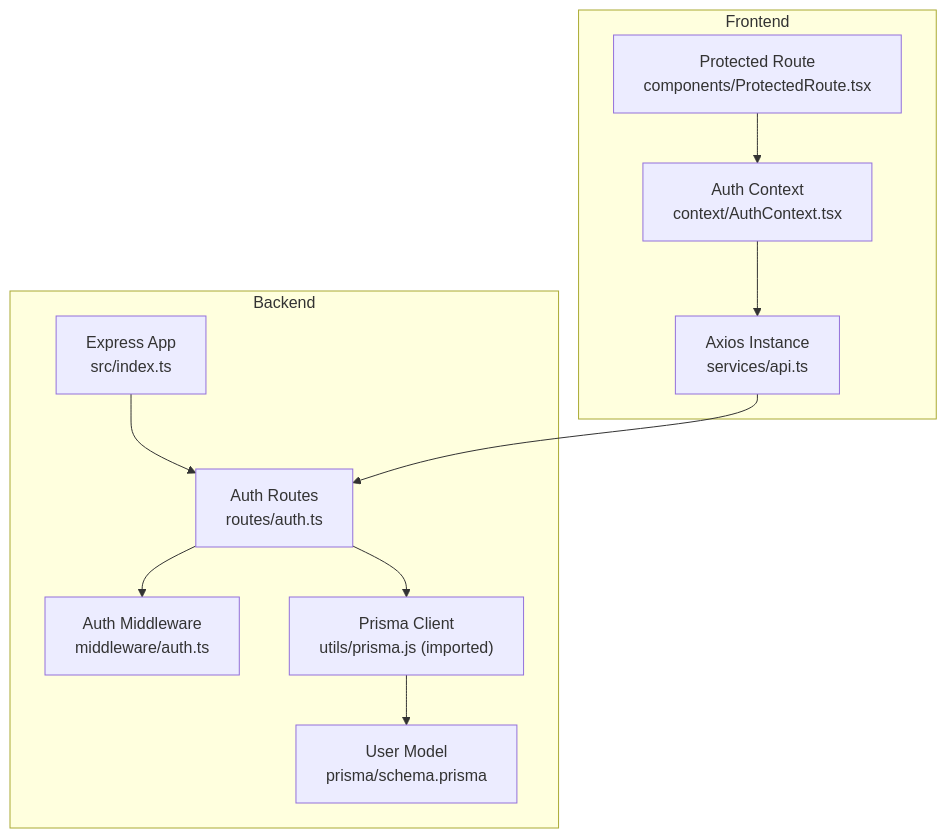
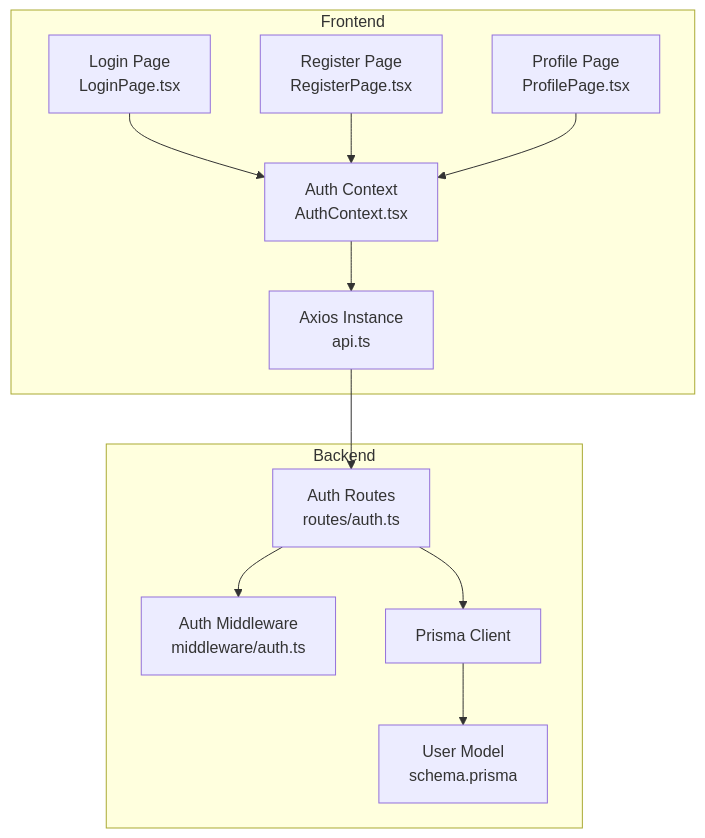
The first of 4 diagrams in .qoder/repowiki/en/content/API Reference/Authentication API.md (NaveenHiranya/Smart-Vehicle-Insurance-Claim-System), drawn with Mermaid before and after one commit. The commit also changed other lines of this file and 183 other files, not shown here.

````diff
--- a/.qoder/repowiki/en/content/API Reference/Authentication API.md
+++ b/.qoder/repowiki/en/content/API Reference/Authentication API.md
@@ -33,22 +39,24 @@
 ```mermaid
 graph TB
+subgraph "Frontend"
+FE_API["Axios Instance<br/>api.ts"]
+FE_CTX["Auth Context<br/>AuthContext.tsx"]
+FE_LOGIN["Login Page<br/>LoginPage.tsx"]
+FE_REGISTER["Register Page<br/>RegisterPage.tsx"]
+FE_PROFILE["Profile Page<br/>ProfilePage.tsx"]
+end
 subgraph "Backend"
-A["Express App<br/>src/index.ts"]
-B["Auth Routes<br/>routes/auth.ts"]
-C["Auth Middleware<br/>middleware/auth.ts"]
-D["Prisma Client<br/>utils/prisma.js (imported)"]
-E["User Model<br/>prisma/schema.prisma"]
+BE_ROUTES["Auth Routes<br/>routes/auth.ts"]
+BE_MW["Auth Middleware<br/>middleware/auth.ts"]
+DB["Prisma Client"]
+MODEL["User Model<br/>schema.prisma"]
 end
-subgraph "Frontend"
-F["Axios Instance<br/>services/api.ts"]
-G["Auth Context<br/>context/AuthContext.tsx"]
-H["Protected Route<br/>components/ProtectedRoute.tsx"]
-end
-A --> B
-B --> C
-B --> D
-D --> E
-F --> B
-G --> F
-H --> G
+FE_LOGIN --> FE_CTX
+FE_REGISTER --> FE_CTX
+FE_PROFILE --> FE_CTX
+FE_CTX --> FE_API
+FE_API --> BE_ROUTES
+BE_ROUTES --> BE_MW
+BE_ROUTES --> DB
+DB --> MODEL
 ```
````
